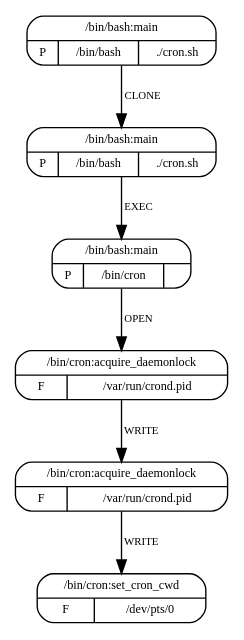
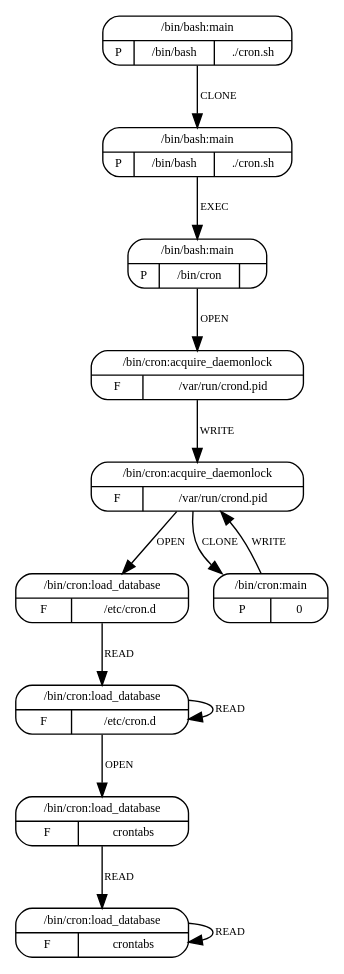
One commit to sysflow-telemetry/upolicycraft changed the diagram in plugins/mrm/resources/models/cron.dot. Above: the diagram before and after it, drawn with Graphviz. The commit also changed 7 other files, not shown here.

```diff
--- a/plugins/mrm/resources/models/cron.dot
+++ b/plugins/mrm/resources/models/cron.dot
@@ -1,23 +1,37 @@
 digraph G {
   4 [shape=Mrecord,
      label="{{/bin/cron:acquire_daemonlock}|{F|{/var/run/crond.pid}}}",
      fontsize=9, ];
+  6 [shape=Mrecord, label="{{/bin/cron:load_database}|{F|{/etc/cron.d}}}",
+     fontsize=9, ];
+  8 [shape=Mrecord, label="{{/bin/cron:load_database}|{F|{crontabs}}}",
+     fontsize=9, ];
+  9 [shape=Mrecord, label="{{/bin/cron:load_database}|{F|{crontabs}}}",
+     fontsize=9, ];
+  7 [shape=Mrecord, label="{{/bin/cron:load_database}|{F|{/etc/cron.d}}}",
+     fontsize=9, ];
   3 [shape=Mrecord,
      label="{{/bin/cron:acquire_daemonlock}|{F|{/var/run/crond.pid}}}",
      fontsize=9, ];
-  5 [shape=Mrecord, label="{{/bin/cron:set_cron_cwd}|{F|{/dev/pts/0}}}",
-     fontsize=9, ];
+  5 [shape=Mrecord, label="{{/bin/cron:main}|{P|0}}", fontsize=9, ];
   0 [shape=Mrecord, label="{{/bin/bash:main}|{P|/bin/bash|./cron.sh}}",
      fontsize=9, ];
   1 [shape=Mrecord, label="{{/bin/bash:main}|{P|/bin/bash|./cron.sh}}",
      fontsize=9, ];
   2 [shape=Mrecord, label="{{/bin/bash:main}|{P|/bin/cron|}}", fontsize=9, ];
   
   
-  4 -> 5 [label="WRITE", fontsize=8, ];
+  4 -> 6 [label="OPEN", fontsize=8, ];
+  4 -> 5 [label="CLONE", fontsize=8, ];
+  6 -> 7 [label="READ", fontsize=8, ];
+  8 -> 9 [label="READ", fontsize=8, ];
+  9 -> 9 [label="READ", fontsize=8, ];
+  7 -> 8 [label="OPEN", fontsize=8, ];
+  7 -> 7 [label="READ", fontsize=8, ];
   3 -> 4 [label="WRITE", fontsize=8, ];
+  5 -> 4 [label="WRITE", fontsize=8, ];
   0 -> 1 [label="CLONE", fontsize=8, ];
   1 -> 2 [label="EXEC", fontsize=8, ];
   2 -> 3 [label="OPEN", fontsize=8, ];
   
   }
```
